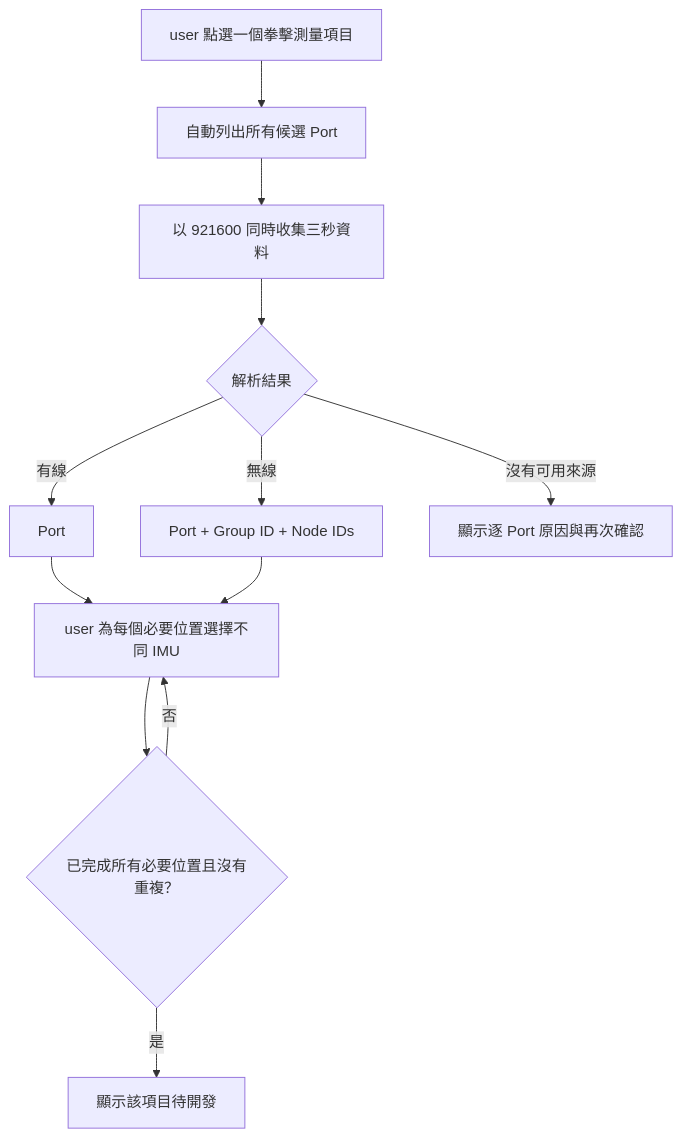
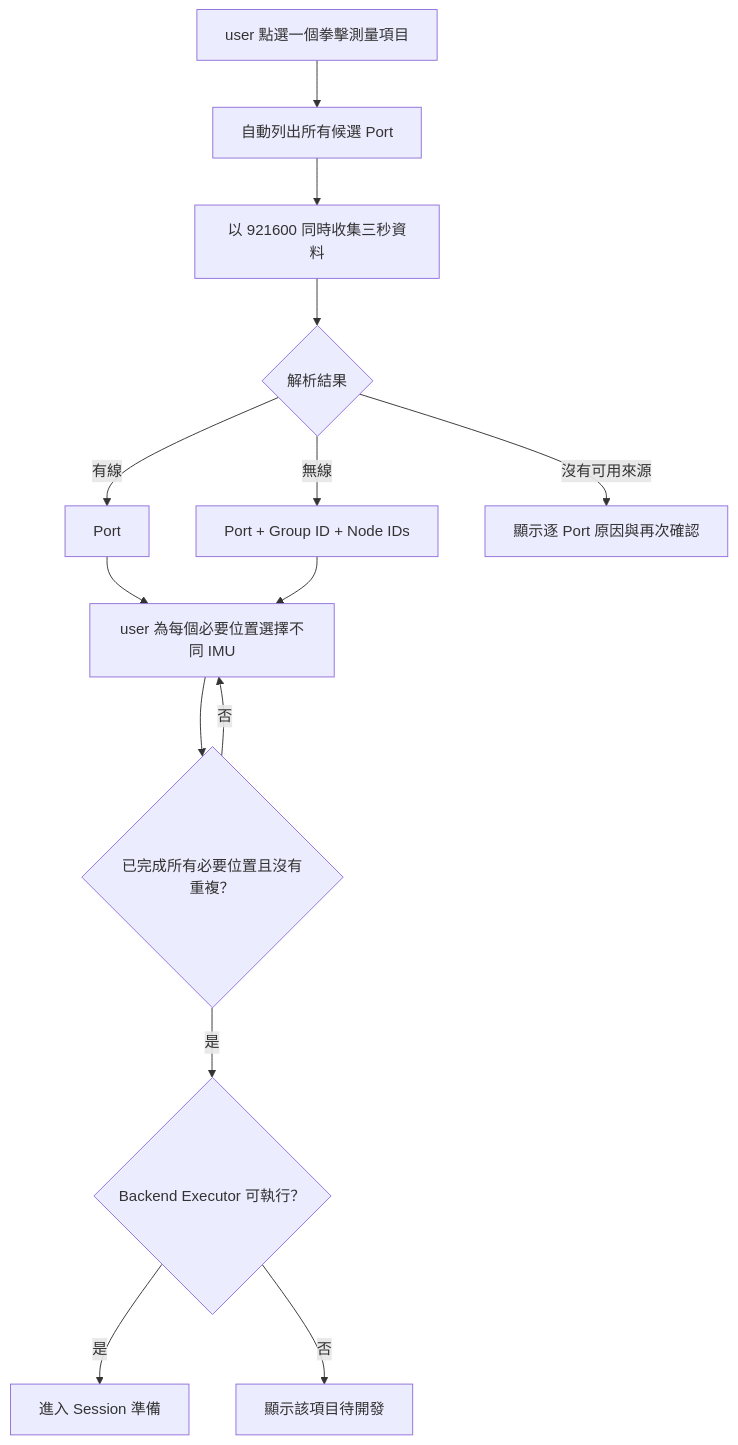
The diagram in openspec/specs/imu-source-discovery/spec.md (conan0220/BAP), drawn with Mermaid before and after one commit. The commit also changed other lines of this file and 15 other files, not shown here.

Commit message:
docs: archive boxing analysis session flow

````diff
--- a/openspec/specs/imu-source-discovery/spec.md
+++ b/openspec/specs/imu-source-discovery/spec.md
@@ -23,13 +26,15 @@
 ```mermaid
 flowchart TD
     ITEM[user 點選一個拳擊測量項目] --> AUTO[自動列出所有候選 Port]
     AUTO --> CAPTURE[以 921600 同時收集三秒資料]
     CAPTURE --> CLASSIFY{解析結果}
     CLASSIFY -->|有線| WP[Port]
     CLASSIFY -->|無線| WN[Port + Group ID + Node IDs]
     CLASSIFY -->|沒有可用來源| ERR[顯示逐 Port 原因與再次確認]
     WP & WN --> PICK[user 為每個必要位置選擇不同 IMU]
     PICK --> VALID{已完成所有必要位置且沒有重複？}
-    VALID -->|是| PENDING[顯示該項目待開發]
+    VALID -->|是| CAPABILITY{Backend Executor 可執行？}
     VALID -->|否| PICK
+    CAPABILITY -->|是| READY[進入 Session 準備]
+    CAPABILITY -->|否| PENDING[顯示該項目待開發]
 ```
````
